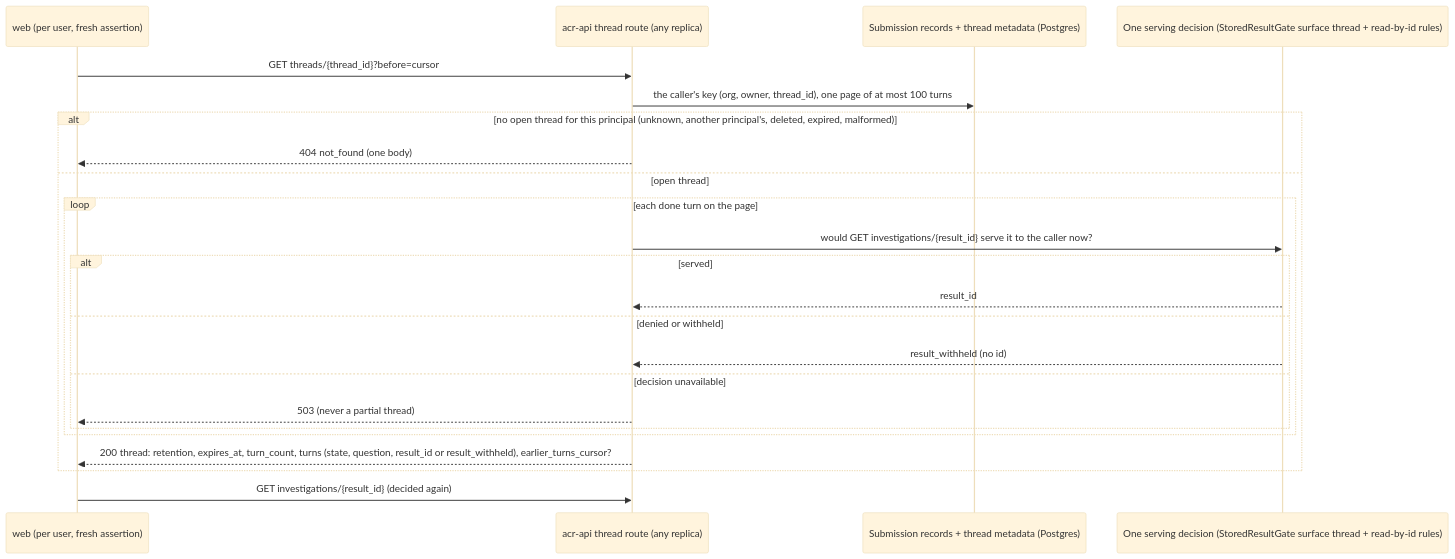
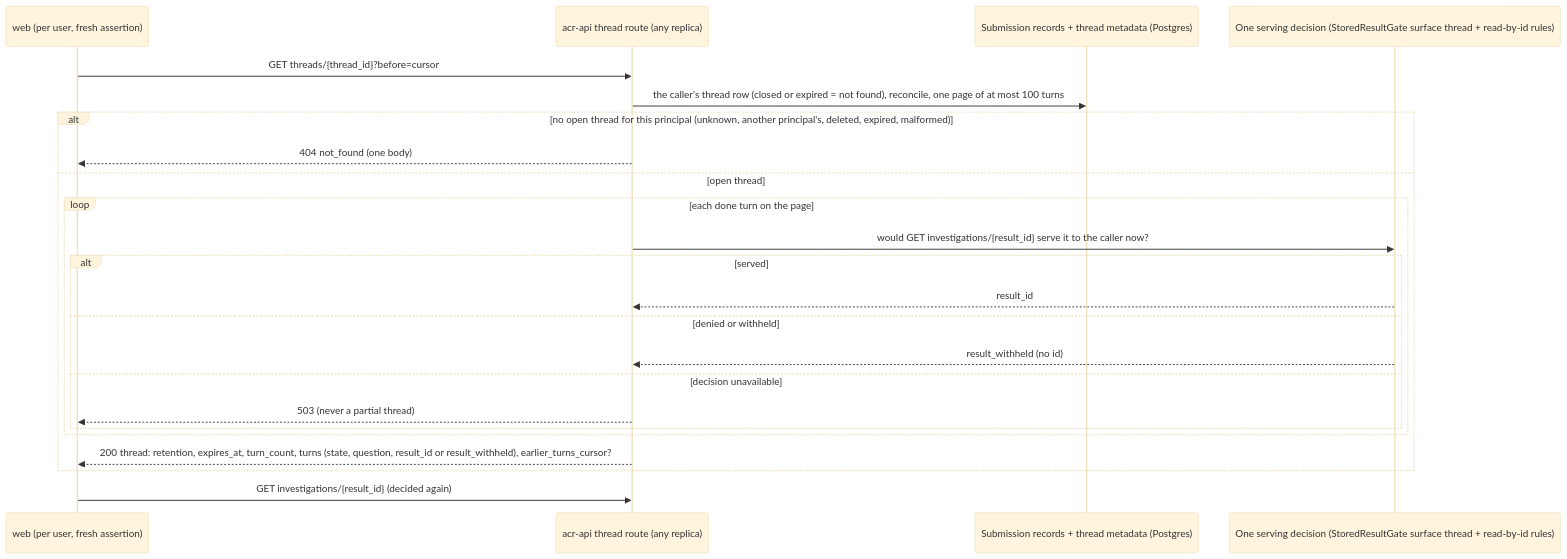
Before and after one commit to full-chaos/dev-health-acr: diagram 32 of 33 in docs/design/context-fabric-architecture-diagrams.md, drawn with Mermaid (base theme). The commit also changed other lines of this file and 45 other files, not shown here.

````diff
--- a/docs/design/context-fabric-architecture-diagrams.md
+++ b/docs/design/context-fabric-architecture-diagrams.md
@@ -3396,26 +3398,26 @@
 ```mermaid
 sequenceDiagram
   participant W as web (per user, fresh assertion)
   participant R as acr-api thread route (any replica)
   participant S as Submission records + thread metadata (Postgres)
   participant G as One serving decision (StoredResultGate surface thread + read-by-id rules)
 
   W->>R: GET threads/{thread_id}?before=cursor
-  R->>S: the caller's key (org, owner, thread_id), one page of at most 100 turns
+  R->>S: the caller's thread row (closed or expired = not found), reconcile, one page of at most 100 turns
   alt no open thread for this principal (unknown, another principal's, deleted, expired, malformed)
     R-->>W: 404 not_found (one body)
   else open thread
     loop each done turn on the page
       R->>G: would GET investigations/{result_id} serve it to the caller now?
       alt served
         G-->>R: result_id
       else denied or withheld
         G-->>R: result_withheld (no id)
       else decision unavailable
         R-->>W: 503 (never a partial thread)
       end
     end
     R-->>W: 200 thread: retention, expires_at, turn_count, turns (state, question, result_id or result_withheld), earlier_turns_cursor?
   end
   W->>R: GET investigations/{result_id} (decided again)
 ```
````
